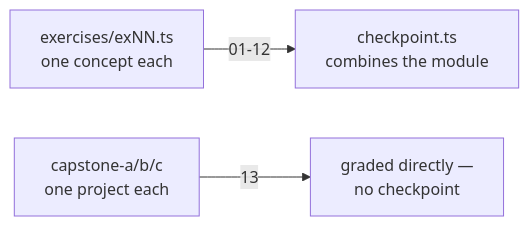
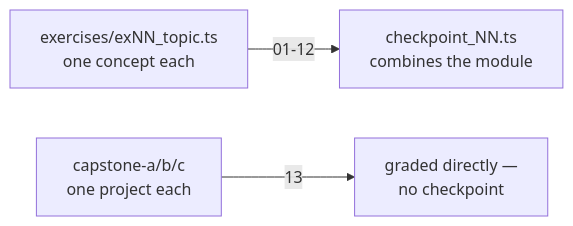
Before and after one commit to cheer-cho/LearningCourse--TypeScript--build-by-Claude-Code: the first of 6 diagrams in 13-capstones/LESSON.md, drawn with Mermaid. The commit also changed other lines of this file and 58 other files, not shown here.

````diff
--- a/13-capstones/LESSON.md
+++ b/13-capstones/LESSON.md
@@ -13,5 +13,5 @@
 ```mermaid
 flowchart LR
-    E["exercises/exNN.ts<br/>one concept each"] -->|"01-12"| C["checkpoint.ts<br/>combines the module"]
+    E["exercises/exNN_topic.ts<br/>one concept each"] -->|"01-12"| C["checkpoint_NN.ts<br/>combines the module"]
     A["capstone-a/b/c<br/>one project each"] -->|"13"| G["graded directly —<br/>no checkpoint"]
 ```
````
